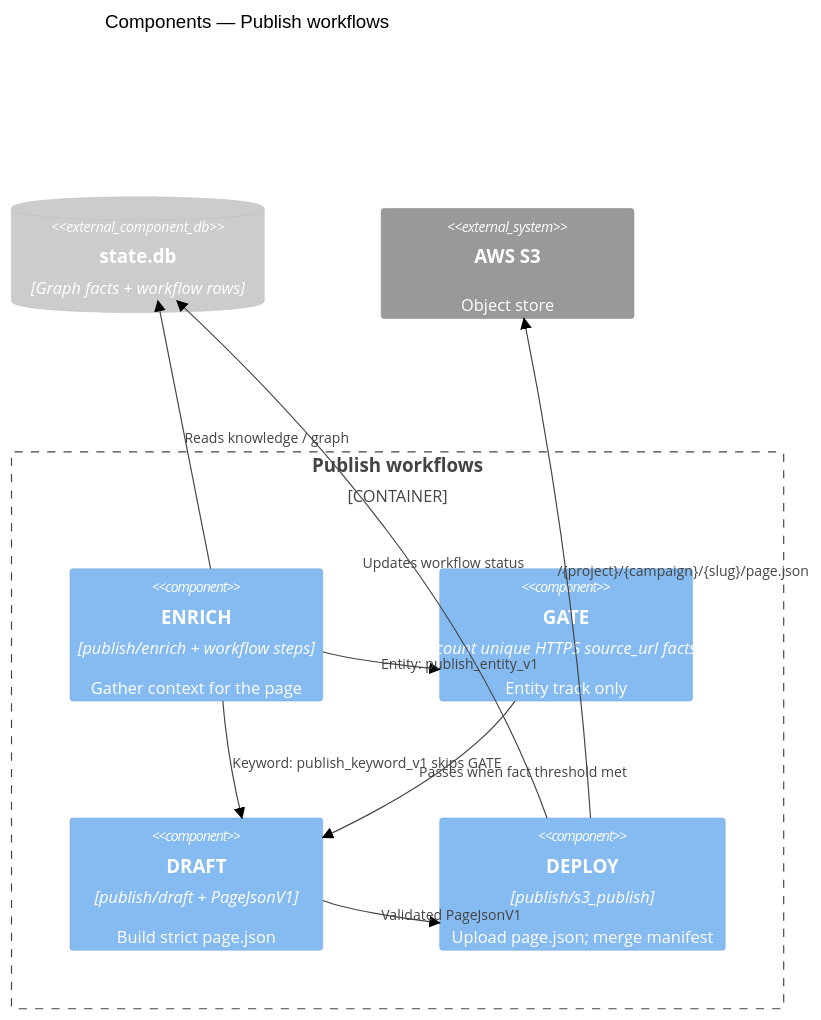
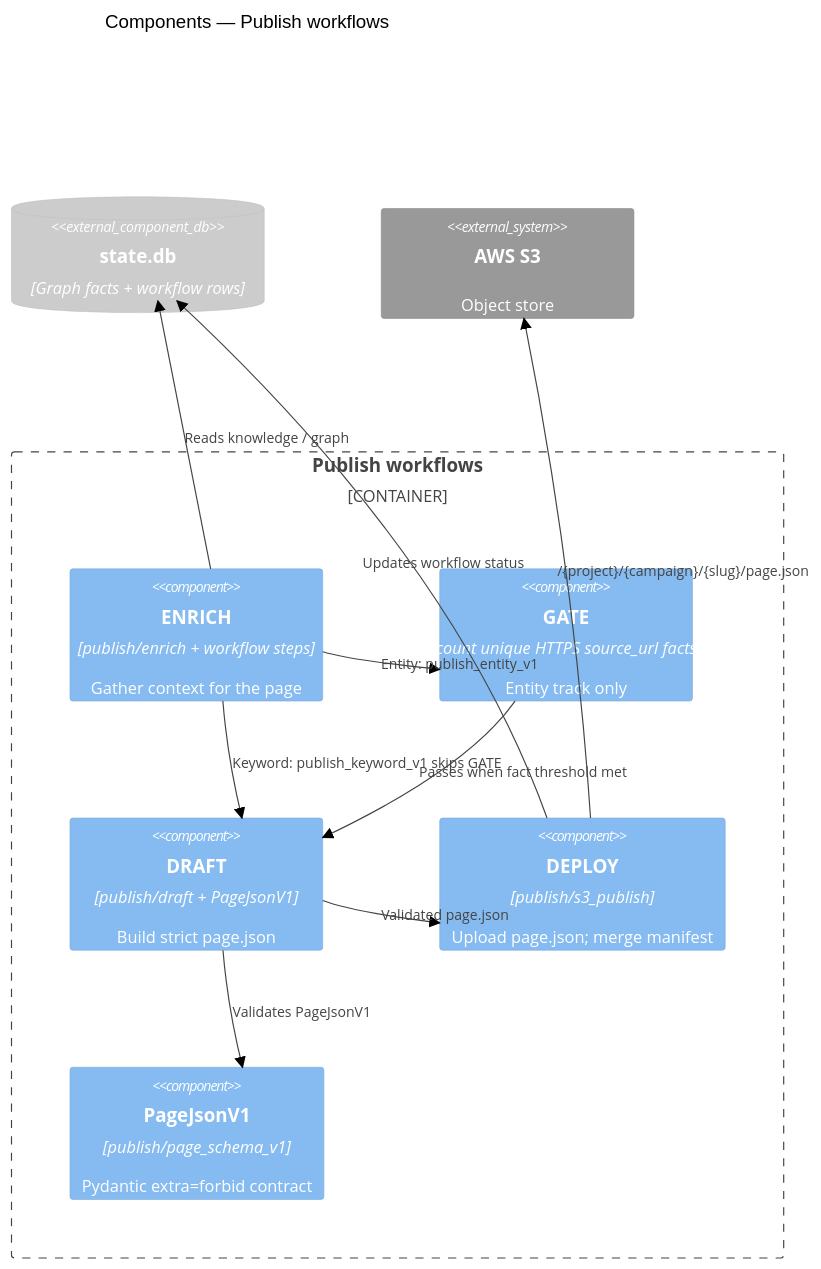
One commit to aryanjohari/ADA changed the diagram in docs/c4/3-components/publish-workflows.mmd. Above: the diagram before and after it, drawn with Mermaid (forest theme). The commit also changed 25 other files, not shown here.

```diff
--- a/docs/c4/3-components/publish-workflows.mmd
+++ b/docs/c4/3-components/publish-workflows.mmd
@@ -1,20 +1,22 @@
 C4Component
   title Components — Publish workflows
 
   Container_Boundary(publish, "Publish workflows") {
     Component(enrich, "ENRICH", "publish/enrich + workflow steps", "Gather context for the page")
     Component(gate, "GATE", "count unique HTTPS source_url facts", "Entity track only")
     Component(draft, "DRAFT", "publish/draft + PageJsonV1", "Build strict page.json")
     Component(deploy, "DEPLOY", "publish/s3_publish", "Upload page.json; merge manifest")
+    Component(schema, "PageJsonV1", "publish/page_schema_v1", "Pydantic extra=forbid contract")
   }
 
   ComponentDb_Ext(stateDb, "state.db", "Graph facts + workflow rows")
   System_Ext(s3, "AWS S3", "Object store")
 
   Rel(enrich, stateDb, "Reads knowledge / graph")
   Rel(enrich, gate, "Entity: publish_entity_v1")
   Rel(enrich, draft, "Keyword: publish_keyword_v1 skips GATE")
   Rel(gate, draft, "Passes when fact threshold met")
-  Rel(draft, deploy, "Validated PageJsonV1")
+  Rel(draft, schema, "Validates PageJsonV1")
+  Rel(draft, deploy, "Validated page.json")
   Rel(deploy, s3, "/{project}/{campaign}/{slug}/page.json")
   Rel(deploy, stateDb, "Updates workflow status")
```
